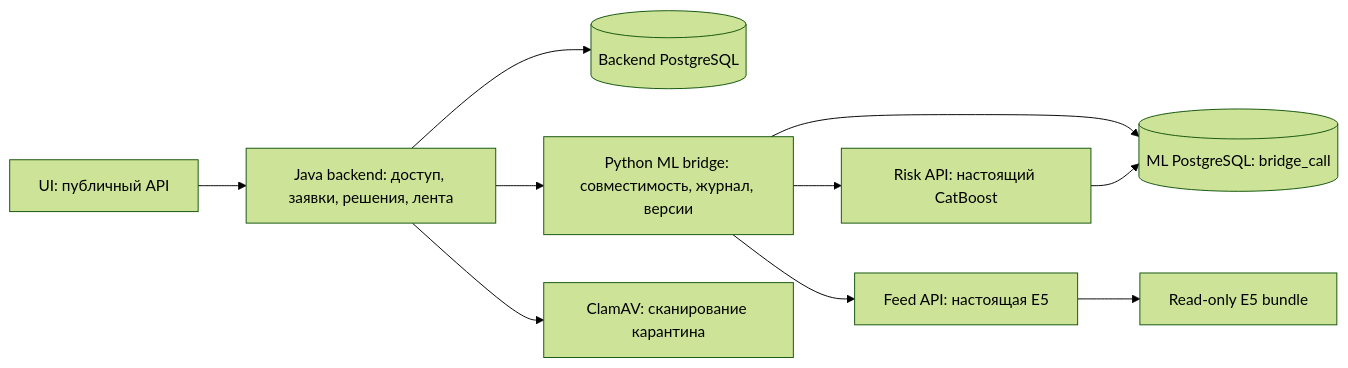
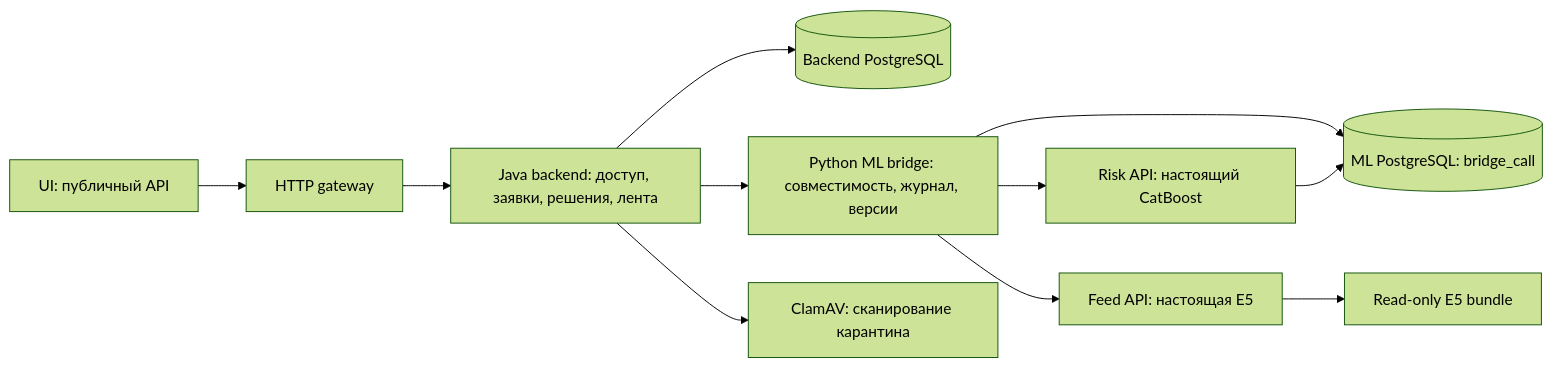
One commit to Tonitrus1/ALFA-HACK-2026 changed the diagram in docs/integration-mvp.md. Above: the diagram before and after it, drawn with Mermaid (forest theme). The commit also changed other lines of this file and 28 other files, not shown here.

````diff
--- a/docs/integration-mvp.md
+++ b/docs/integration-mvp.md
@@ -15,12 +15,13 @@
 ```mermaid
 flowchart LR
-  UI[UI: публичный API] --> BE[Java backend: доступ, заявки, решения, лента]
+  UI[UI: публичный API] --> GW[HTTP gateway]
+  GW --> BE[Java backend: доступ, заявки, решения, лента]
   BE --> BDB[(Backend PostgreSQL)]
   BE --> BR[Python ML bridge: совместимость, журнал, версии]
   BR --> R[Risk API: настоящий CatBoost]
   BR --> F[Feed API: настоящая E5]
   BR --> MDB[(ML PostgreSQL: bridge_call)]
   R --> MDB
   F --> FB[Read-only E5 bundle]
   BE --> AV[ClamAV: сканирование карантина]
 ```
````
